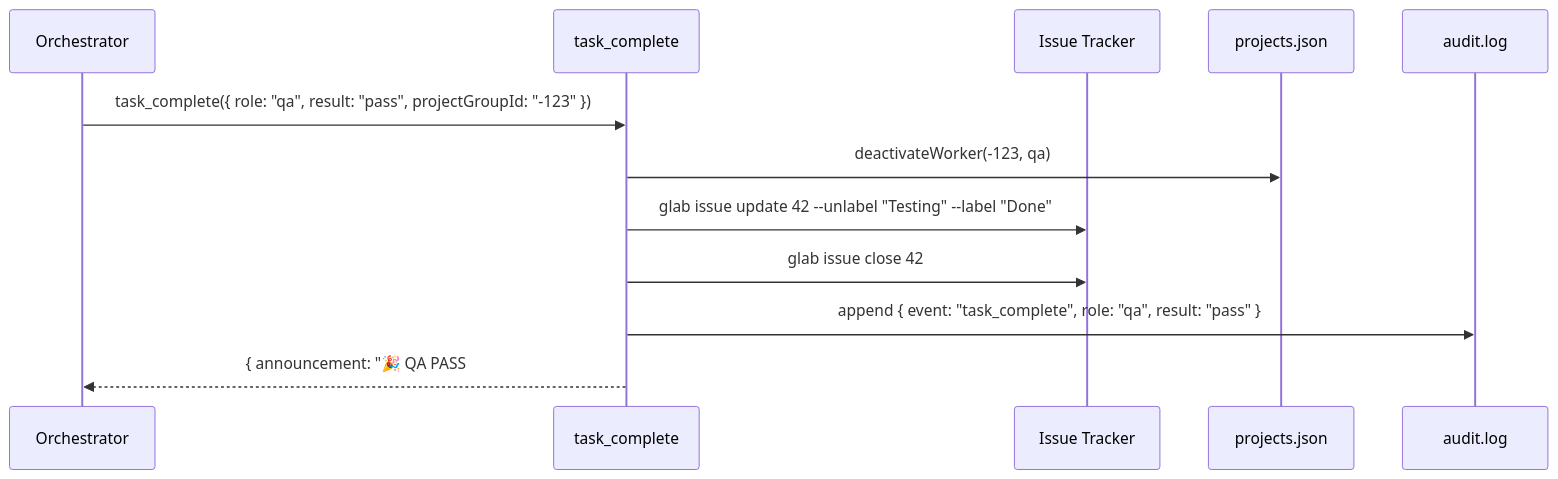
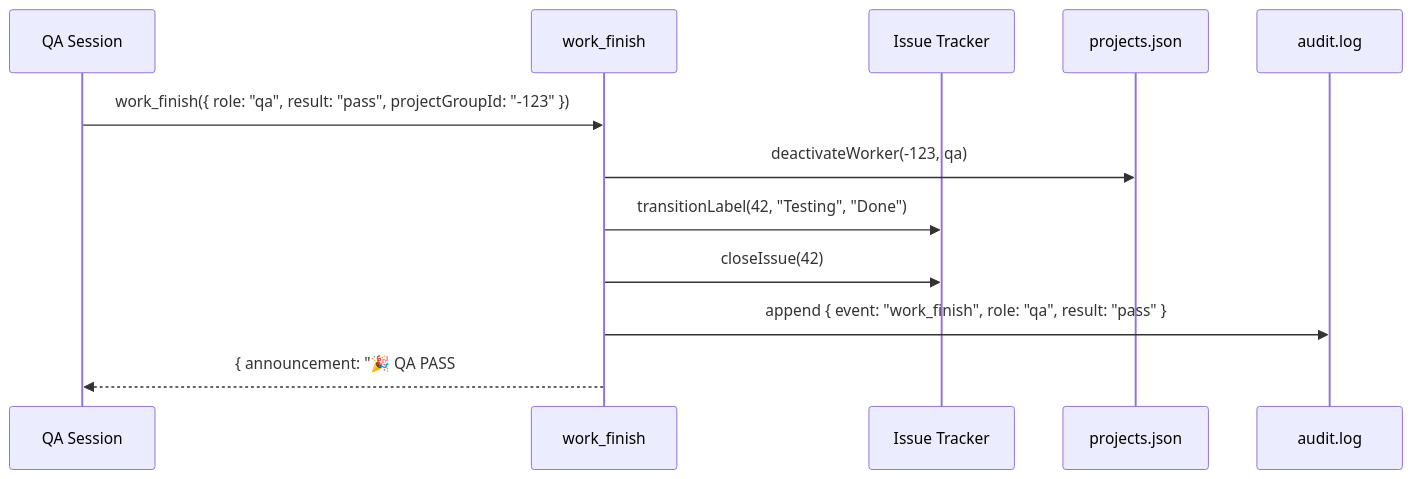
One commit to StrongheartedX/devclaw changed the seventh of 10 diagrams in docs/ARCHITECTURE.md. Above: the diagram before and after it, drawn with Mermaid. The commit also changed other lines of this file and 10 other files, not shown here.

````diff
--- a/docs/ARCHITECTURE.md
+++ b/docs/ARCHITECTURE.md
@@ -360,15 +360,15 @@
 ```mermaid
 sequenceDiagram
-    participant A as Orchestrator
-    participant TC as task_complete
+    participant QA as QA Session
+    participant WF as work_finish
     participant GL as Issue Tracker
     participant PJ as projects.json
     participant AL as audit.log
 
-    A->>TC: task_complete({ role: "qa", result: "pass", projectGroupId: "-123" })
-    TC->>PJ: deactivateWorker(-123, qa)
-    TC->>GL: glab issue update 42 --unlabel "Testing" --label "Done"
-    TC->>GL: glab issue close 42
-    TC->>AL: append { event: "task_complete", role: "qa", result: "pass" }
-    TC-->>A: { announcement: "🎉 QA PASS #42. Issue closed." }
+    QA->>WF: work_finish({ role: "qa", result: "pass", projectGroupId: "-123" })
+    WF->>PJ: deactivateWorker(-123, qa)
+    WF->>GL: transitionLabel(42, "Testing", "Done")
+    WF->>GL: closeIssue(42)
+    WF->>AL: append { event: "work_finish", role: "qa", result: "pass" }
+    WF-->>QA: { announcement: "🎉 QA PASS #42. Issue closed." }
 ```
````
